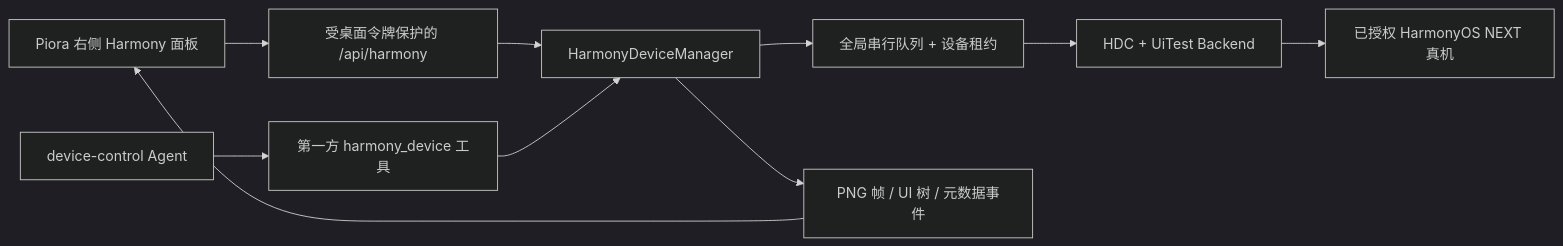
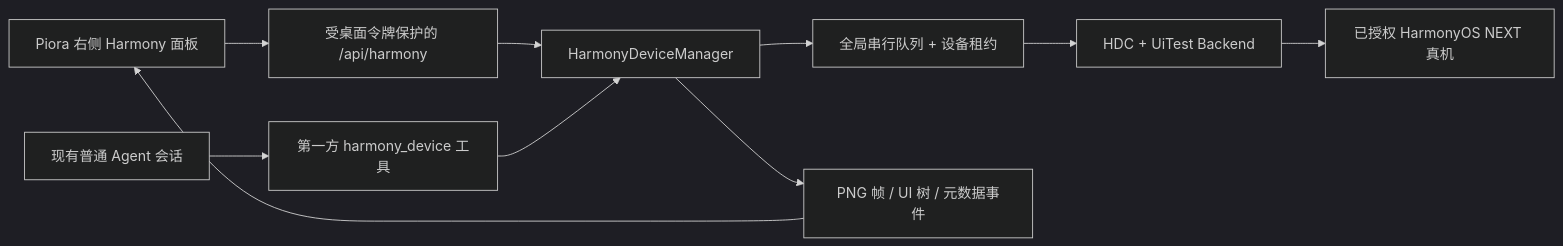
Before and after one commit to JohnJAS/Piora: the diagram in docs/HARMONYOS_NEXT_DEVICE_AUTOMATION_DESIGN.md, drawn with Mermaid (dark theme). The commit also changed other lines of this file and 22 other files, not shown here.

````diff
--- a/docs/HARMONYOS_NEXT_DEVICE_AUTOMATION_DESIGN.md
+++ b/docs/HARMONYOS_NEXT_DEVICE_AUTOMATION_DESIGN.md
@@ -46,12 +46,12 @@
 ```mermaid
 flowchart LR
   UI["Piora 右侧 Harmony 面板"] --> API["受桌面令牌保护的 /api/harmony"]
-  AI["device-control Agent"] --> Tool["第一方 harmony_device 工具"]
+  AI["现有普通 Agent 会话"] --> Tool["第一方 harmony_device 工具"]
   API --> Manager["HarmonyDeviceManager"]
   Tool --> Manager
   Manager --> Queue["全局串行队列 + 设备租约"]
   Queue --> Backend["HDC + UiTest Backend"]
   Backend --> Phone["已授权 HarmonyOS NEXT 真机"]
   Manager --> Frames["PNG 帧 / UI 树 / 元数据事件"]
   Frames --> UI
 ```
````
